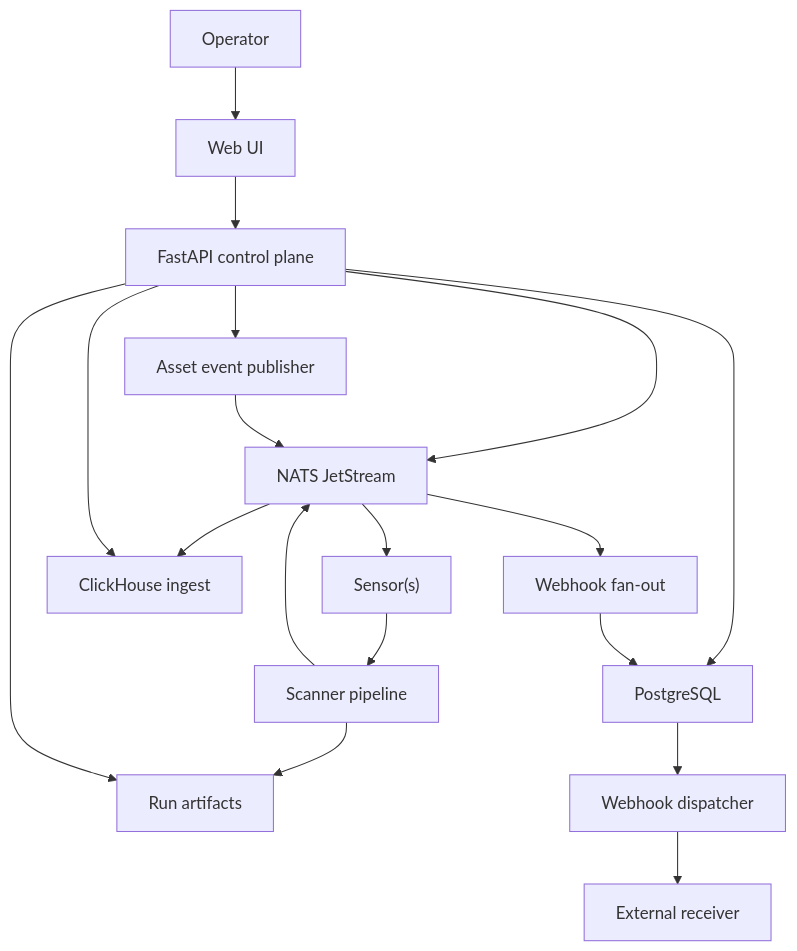
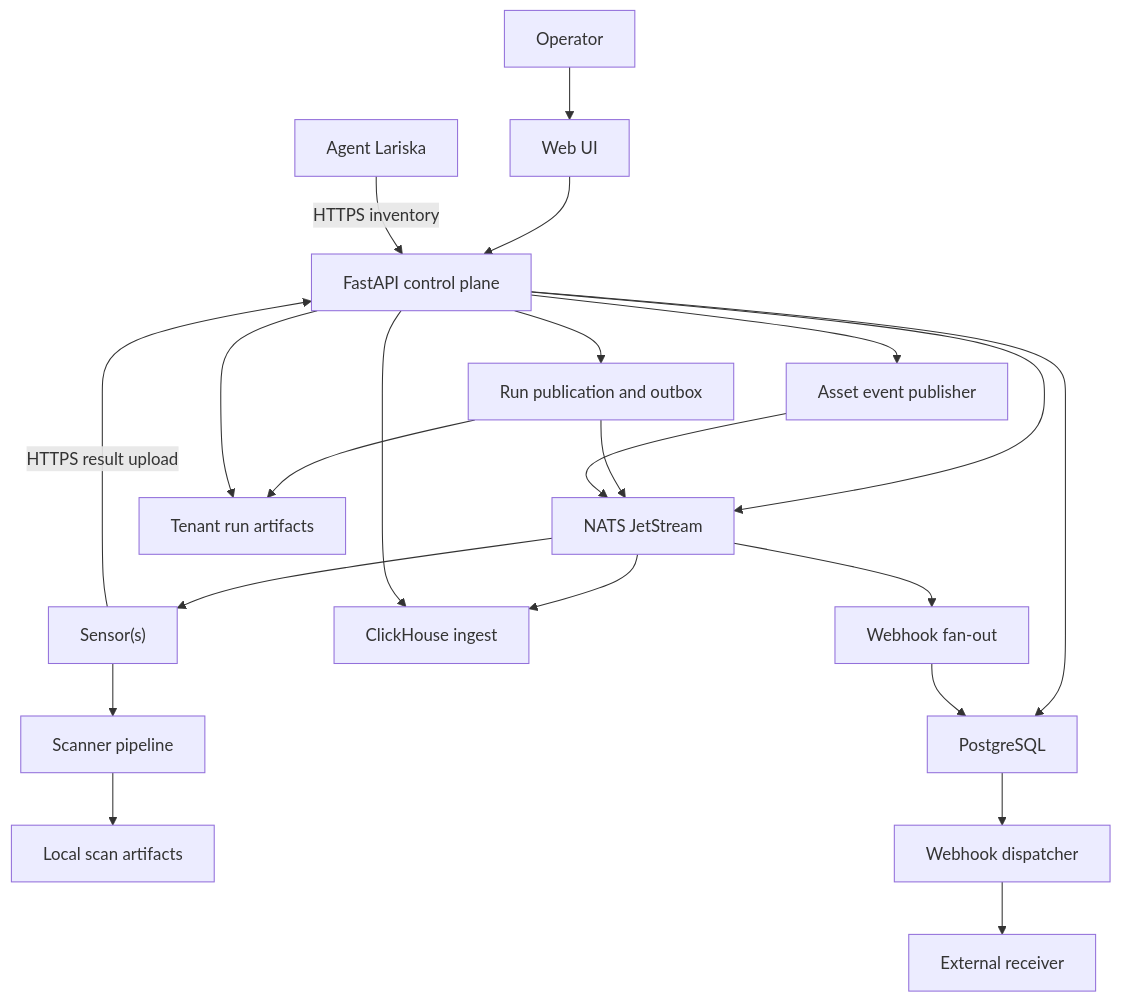
The diagram in docs/architecture.md (onixus/Shapoclyack), drawn with Mermaid before and after one commit. The commit also changed other lines of this file and 12 other files, not shown here.

Commit message:
docs: align setup and architecture guides with current main

````diff
--- a/docs/architecture.md
+++ b/docs/architecture.md
@@ -20,20 +20,24 @@
 ```mermaid
 flowchart TD
     U["Operator"] --> W["Web UI"]
     W --> A["FastAPI control plane"]
     A --> P["PostgreSQL"]
     A --> N["NATS JetStream"]
     N --> G["Sensor(s)"]
     G --> S["Scanner pipeline"]
-    S --> R["Run artifacts"]
-    S --> N
+    S --> T["Local scan artifacts"]
+    G -->|HTTPS result upload| A
+    A --> Q["Run publication and outbox"]
+    Q --> R["Tenant run artifacts"]
+    Q --> N
     N --> C["ClickHouse ingest"]
+    L["Agent Lariska"] -->|HTTPS inventory| A
     A --> R
     A --> C
     A --> E["Asset event publisher"]
     E --> N
     N --> F["Webhook fan-out"]
     F --> P
     P --> D["Webhook dispatcher"]
     D --> X["External receiver"]
 ```
````
